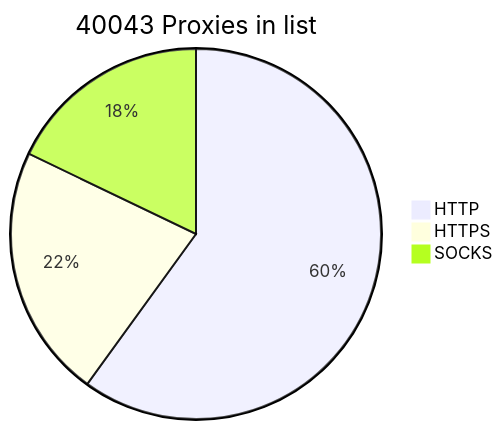
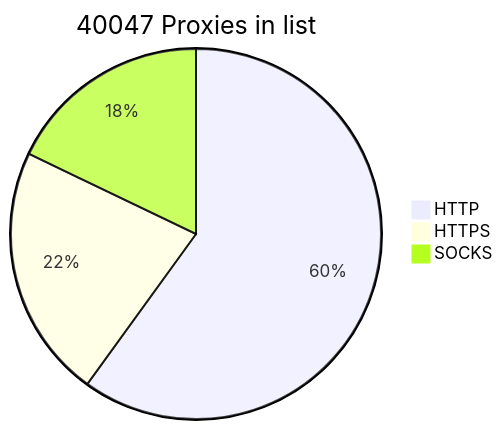
The diagram in README.md (BlackSnowDot/proxylist-update-every-minute), drawn with Mermaid before and after one commit.

````diff
--- a/README.md
+++ b/README.md
@@ -2,6 +2,6 @@
 ```mermaid
-pie title 40043 Proxies in list
+pie title 40047 Proxies in list
     "HTTP" : 28181
-    "HTTPS": 10406
-    "SOCKS" : 8396
+    "HTTPS": 10407
+    "SOCKS" : 8399
 ```
````
